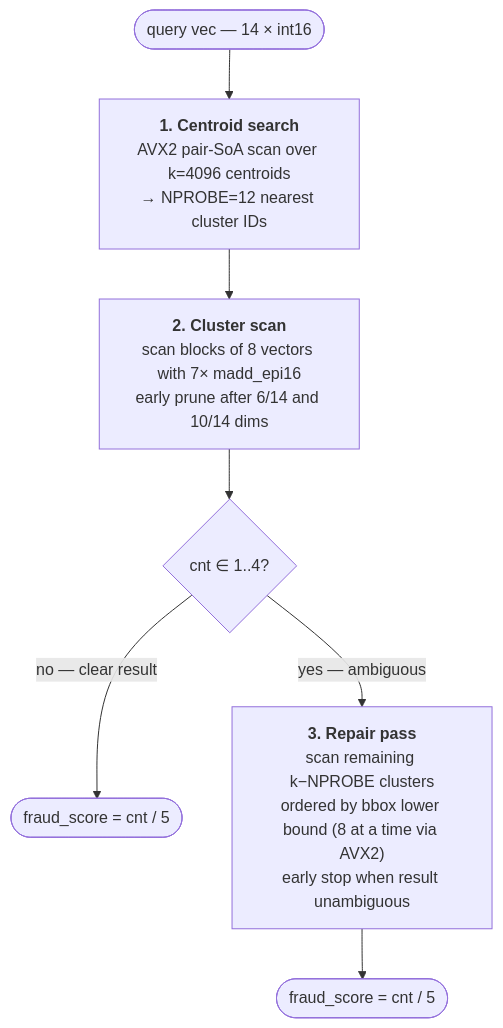
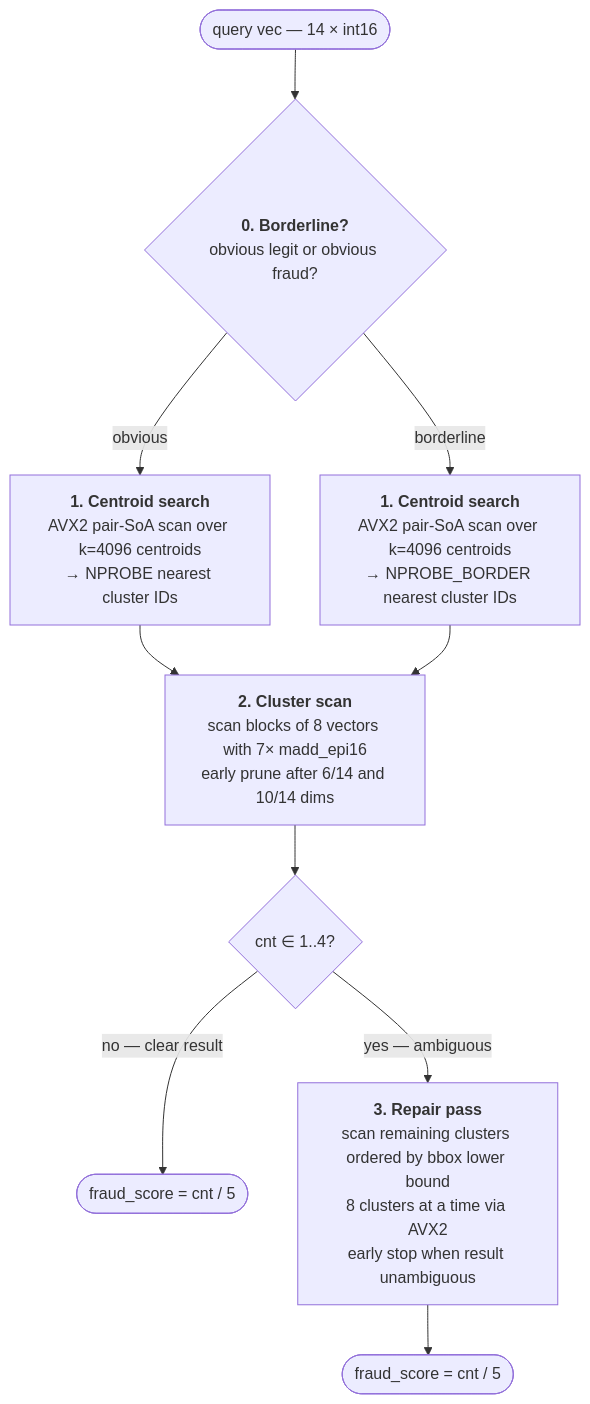
Before and after one commit to dalvorsn/cpp-rinha-backend-2026: the second of 3 diagrams in README.md, drawn with Mermaid. The commit also changed other lines of this file and 13 other files, not shown here.

````diff
--- a/README.md
+++ b/README.md
@@ -38,21 +38,29 @@
 ```mermaid
 flowchart TD
-    Q(["`query vec — 14 × int16`"]) --> CS
+    Q(["`query vec — 14 × int16`"]) --> BL
 
-    CS["`**1. Centroid search**
+    BL{"`**0. Borderline?**
+obvious legit or obvious fraud?`"}
+    BL -->|obvious| CS_FAST
+    BL -->|borderline| CS_SLOW
+
+    CS_FAST["`**1. Centroid search**
 AVX2 pair-SoA scan over k=4096 centroids
-→ NPROBE=12 nearest cluster IDs`"] --> SC
+→ NPROBE nearest cluster IDs`"] --> SC
+    CS_SLOW["`**1. Centroid search**
+AVX2 pair-SoA scan over k=4096 centroids
+→ NPROBE_BORDER nearest cluster IDs`"] --> SC
 
     SC["`**2. Cluster scan**
 scan blocks of 8 vectors with 7× madd_epi16
 early prune after 6/14 and 10/14 dims`"] --> CHK
 
     CHK{"`cnt ∈ 1..4?`"}
     CHK -->|no — clear result| SCORE(["`fraud_score = cnt / 5`"])
     CHK -->|yes — ambiguous| REP
 
     REP["`**3. Repair pass**
-scan remaining k−NPROBE clusters
-ordered by bbox lower bound (8 at a time via AVX2)
+scan remaining clusters ordered by bbox lower bound
+8 clusters at a time via AVX2
 early stop when result unambiguous`"] --> SCORE2(["`fraud_score = cnt / 5`"])
 ```
````
